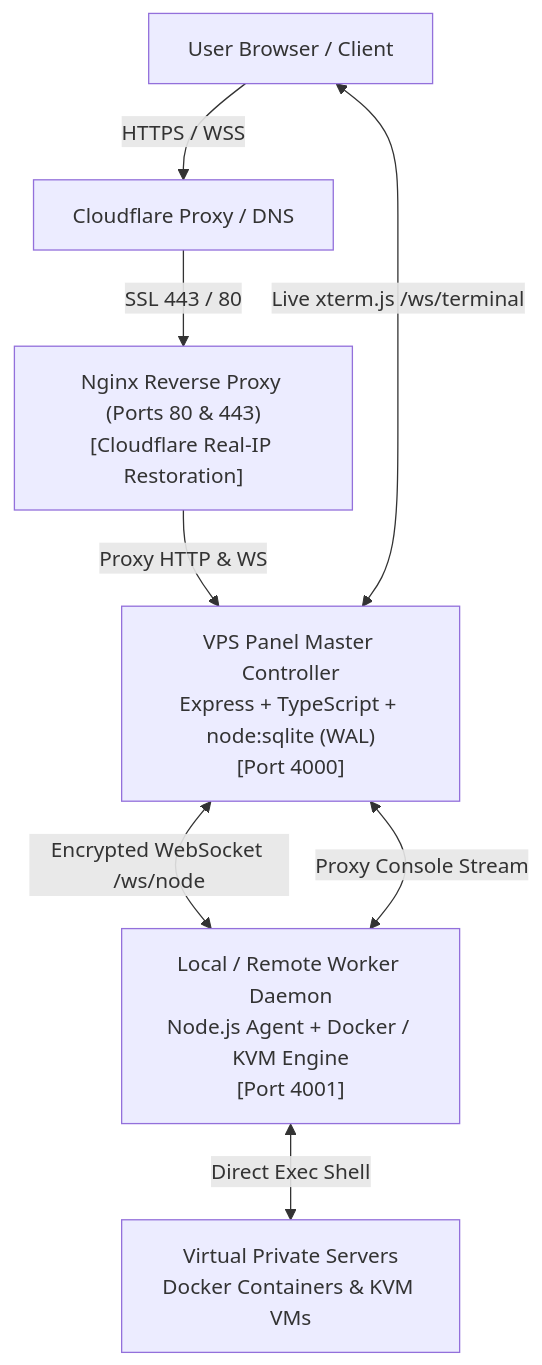
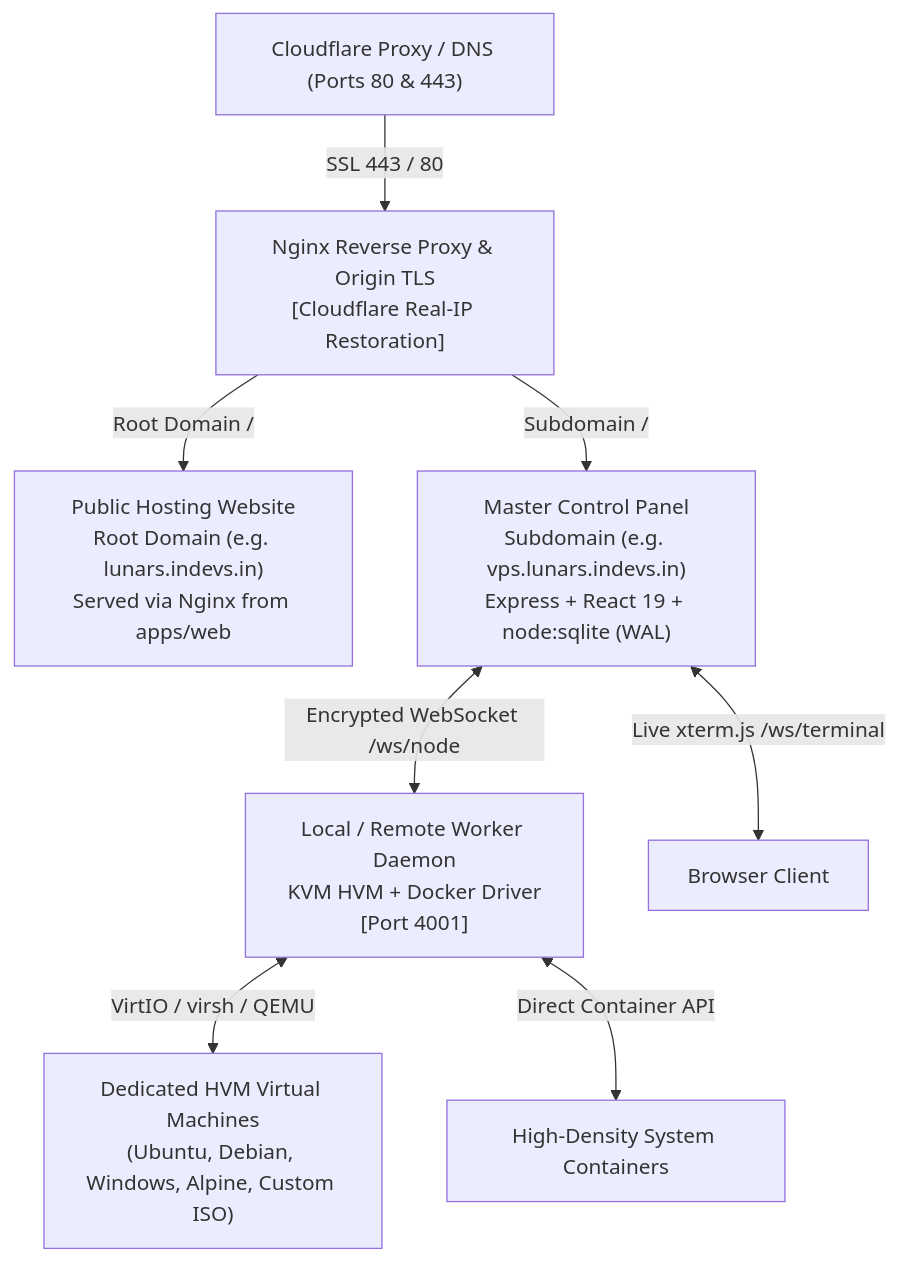
One commit to prcgaming/vps-panel changed the first of 2 diagrams in README.md. Above: the diagram before and after it, drawn with Mermaid. The commit also changed other lines of this file and 40 other files, not shown here.

Commit message:
feat: HVM virtualization engine, 8 visual design themes, public web hosting system, and license removal

````diff
--- a/README.md
+++ b/README.md
@@ -31,17 +32,16 @@
 ```mermaid
 flowchart TD
-    Client["User Browser / Client"]
-    CF["Cloudflare Proxy / DNS"]
-    Nginx["Nginx Reverse Proxy (Ports 80 & 443)\n[Cloudflare Real-IP Restoration]"]
-    Master["VPS Panel Master Controller\nExpress + TypeScript + node:sqlite (WAL)\n[Port 4000]"]
-    Agent["Local / Remote Worker Daemon\nNode.js Agent + Docker / KVM Engine\n[Port 4001]"]
-    VPS["Virtual Private Servers\nDocker Containers & KVM VMs"]
+    WebDomain["Public Hosting Website\nRoot Domain (e.g. lunars.indevs.in)\nServed via Nginx from apps/web"]
+    PanelDomain["Master Control Panel\nSubdomain (e.g. vps.lunars.indevs.in)\nExpress + React 19 + node:sqlite (WAL)"]
+    CF["Cloudflare Proxy / DNS (Ports 80 & 443)"]
+    Nginx["Nginx Reverse Proxy & Origin TLS\n[Cloudflare Real-IP Restoration]"]
 
-    Client -->|HTTPS / WSS| CF
     CF -->|SSL 443 / 80| Nginx
-    Nginx -->|Proxy HTTP & WS| Master
-    Master <-->|Encrypted WebSocket /ws/node| Agent
-    Client <-->|Live xterm.js /ws/terminal| Master
-    Master <-->|Proxy Console Stream| Agent
-    Agent <-->|Direct Exec Shell| VPS
+    Nginx -->|Root Domain /| WebDomain
+    Nginx -->|Subdomain /| PanelDomain
+
+    PanelDomain <-->|Encrypted WebSocket /ws/node| Agent["Local / Remote Worker Daemon\nKVM HVM + Docker Driver\n[Port 4001]"]
+    PanelDomain <-->|Live xterm.js /ws/terminal| User["Browser Client"]
+    Agent <-->|VirtIO / virsh / QEMU| HVM["Dedicated HVM Virtual Machines\n(Ubuntu, Debian, Windows, Alpine, Custom ISO)"]
+    Agent <-->|Direct Container API| CT["High-Density System Containers"]
 ```
````
